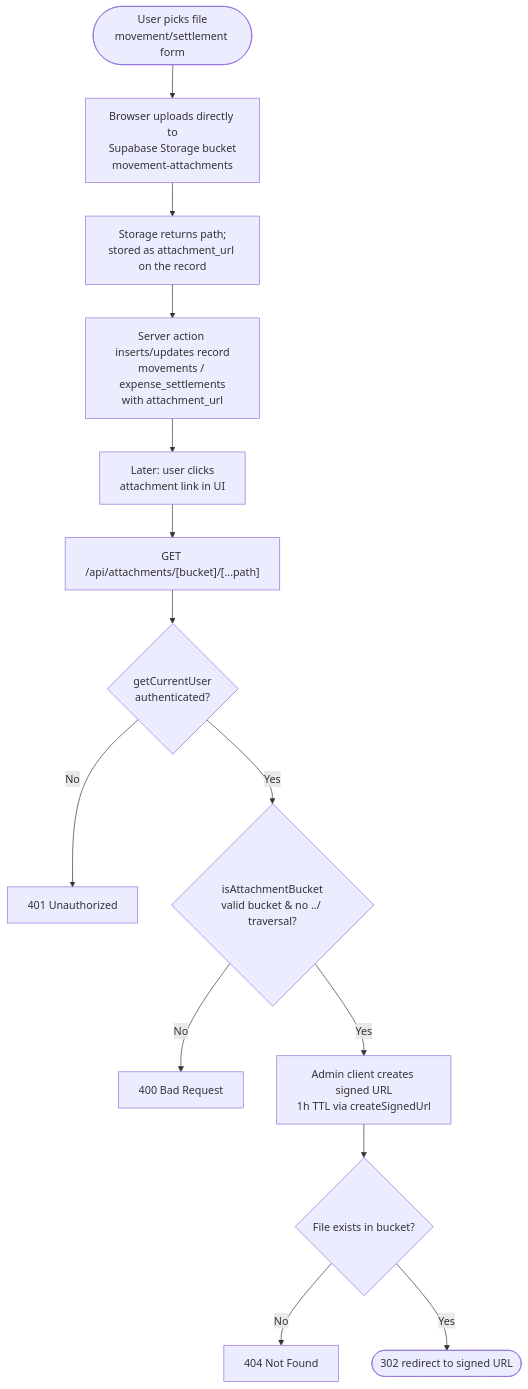
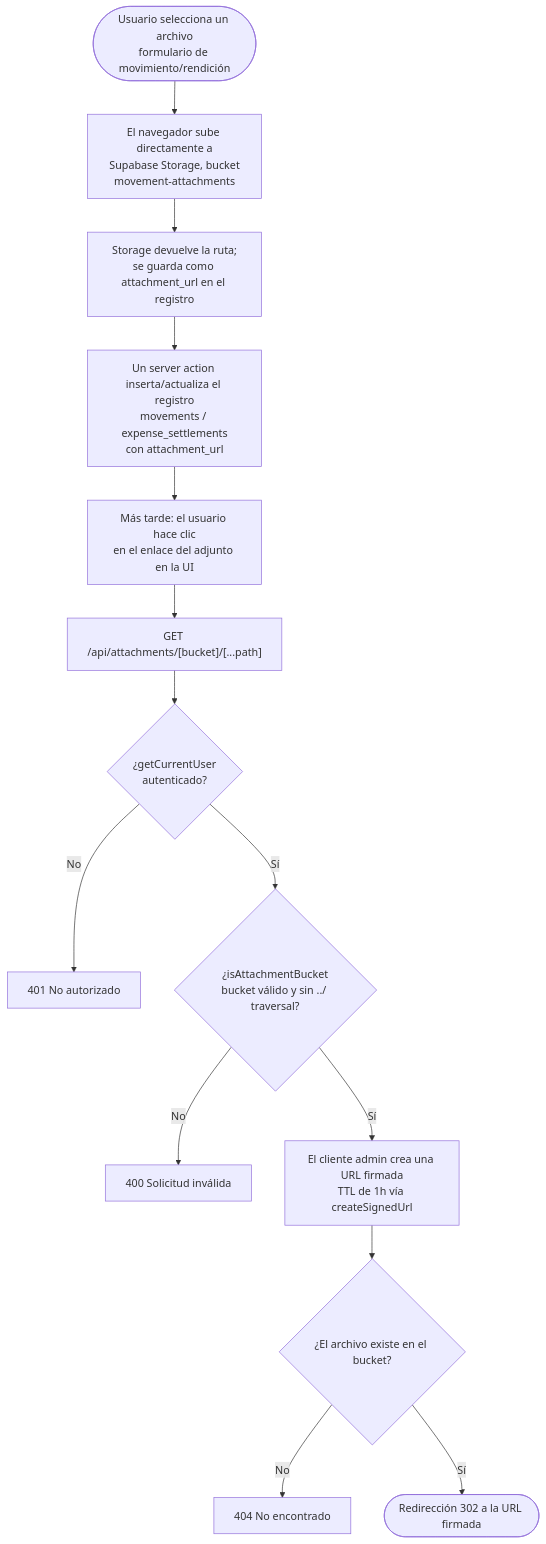
Before and after one commit to Torfel0312/sistema_contable_pibt: the diagram in docs/diagrams/01-file-uploading.md, drawn with Mermaid. The commit also changed other lines of this file and 11 other files, not shown here.

Commit message:
docs: refresh roles/permissions/auth docs and translate diagrams to Spanish (#83)

````diff
--- a/docs/diagrams/01-file-uploading.md
+++ b/docs/diagrams/01-file-uploading.md
@@ -3,16 +7,16 @@
 ```mermaid
 flowchart TD
-    A([User picks file<br/>movement/settlement form]) --> B[Browser uploads directly to<br/>Supabase Storage bucket<br/>movement-attachments]
-    B --> C[Storage returns path;<br/>stored as attachment_url on the record]
-    C --> D[Server action inserts/updates record<br/>movements / expense_settlements<br/>with attachment_url]
-    D --> E[Later: user clicks<br/>attachment link in UI]
+    A(["Usuario selecciona un archivo<br/>formulario de movimiento/rendición"]) --> B[El navegador sube directamente a<br/>Supabase Storage, bucket<br/>movement-attachments]
+    B --> C[Storage devuelve la ruta;<br/>se guarda como attachment_url en el registro]
+    C --> D[Un server action inserta/actualiza el registro<br/>movements / expense_settlements<br/>con attachment_url]
+    D --> E[Más tarde: el usuario hace clic<br/>en el enlace del adjunto en la UI]
     E --> F["GET /api/attachments/[bucket]/[...path]"]
-    F --> G{getCurrentUser<br/>authenticated?}
-    G -->|No| H[401 Unauthorized]
-    G -->|Yes| I{isAttachmentBucket<br/>valid bucket & no ../ traversal?}
-    I -->|No| J[400 Bad Request]
-    I -->|Yes| K[Admin client creates signed URL<br/>1h TTL via createSignedUrl]
-    K --> L{File exists in bucket?}
-    L -->|No| M[404 Not Found]
-    L -->|Yes| N([302 redirect to signed URL])
+    F --> G{"¿getCurrentUser<br/>autenticado?"}
+    G -->|No| H[401 No autorizado]
+    G -->|Sí| I{"¿isAttachmentBucket<br/>bucket válido y sin ../ traversal?"}
+    I -->|No| J[400 Solicitud inválida]
+    I -->|Sí| K[El cliente admin crea una URL firmada<br/>TTL de 1h vía createSignedUrl]
+    K --> L{"¿El archivo existe en el bucket?"}
+    L -->|No| M[404 No encontrado]
+    L -->|Sí| N(["Redirección 302 a la URL firmada"])
 ```
````
